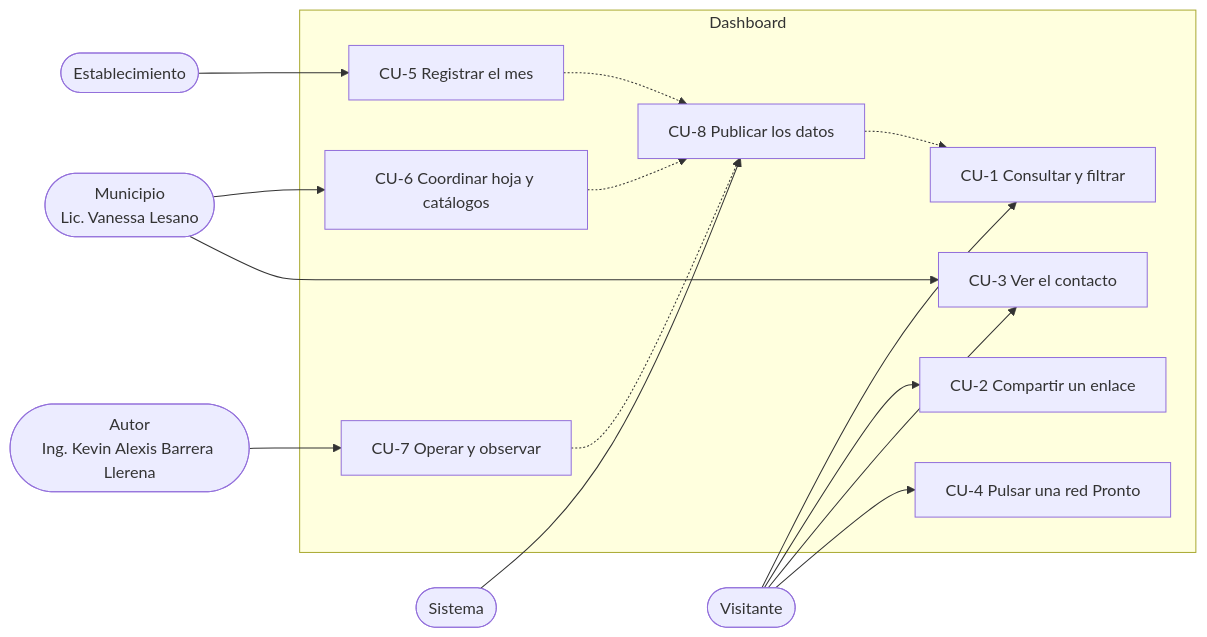
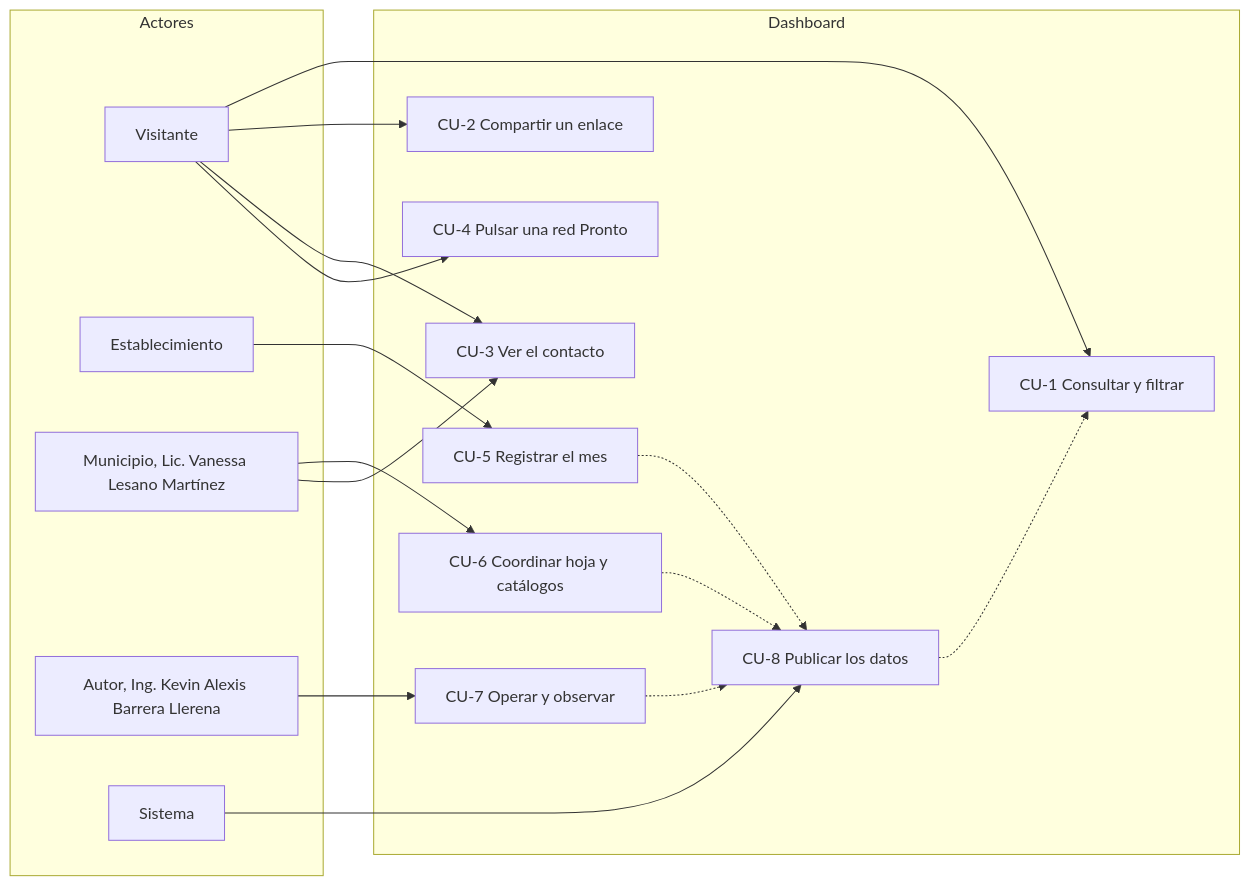
One commit to Alexis-VsCode/turismo-patate changed the diagram in docs/casos-de-uso.md. Above: the diagram before and after it, drawn with Mermaid. The commit also changed other lines of this file and 21 other files, not shown here.

Commit message:
docs: documentación de la versión 2.9 con la arquitectura nueva, la ADR 010, diagramas Mermaid, filtros facetados, protección de la hoja y avisos del lector

````diff
--- a/docs/casos-de-uso.md
+++ b/docs/casos-de-uso.md
@@ -6,33 +6,35 @@
 ```mermaid
 flowchart LR
-    V([Visitante])
-    E([Establecimiento])
-    M([Municipio<br/>Lic. Vanessa Lesano])
-    A([Autor<br/>Ing. Kevin Alexis Barrera Llerena])
-    S([Sistema])
+    subgraph Actores
+        V[Visitante]
+        E[Establecimiento]
+        M[Municipio, Lic. Vanessa Lesano Martínez]
+        A[Autor, Ing. Kevin Alexis Barrera Llerena]
+        S[Sistema]
+    end
 
     subgraph Dashboard
         CU1[CU-1 Consultar y filtrar]
         CU2[CU-2 Compartir un enlace]
         CU3[CU-3 Ver el contacto]
         CU4[CU-4 Pulsar una red Pronto]
         CU5[CU-5 Registrar el mes]
         CU6[CU-6 Coordinar hoja y catálogos]
         CU7[CU-7 Operar y observar]
         CU8[CU-8 Publicar los datos]
     end
 
     V --> CU1
     V --> CU2
     V --> CU3
     V --> CU4
     E --> CU5
     M --> CU6
     M --> CU3
     A --> CU7
     S --> CU8
     CU5 -.-> CU8
     CU6 -.-> CU8
     CU7 -.-> CU8
     CU8 -.-> CU1
 ```
````
